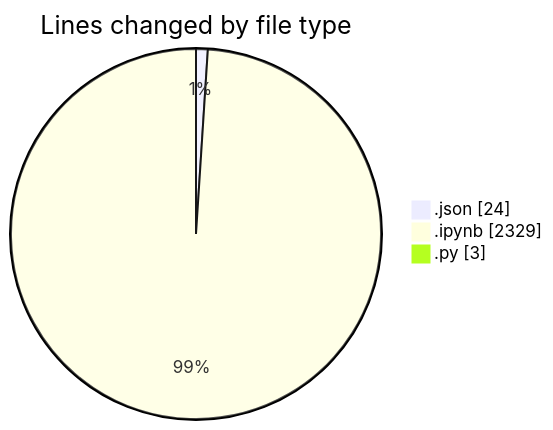
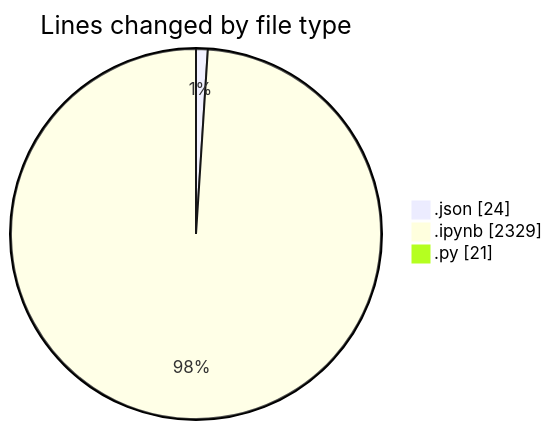
Before and after one commit to MatusMokan/code-tracking: the first of 2 diagrams in 2025-11-25/untitled__workspace_/README.md, drawn with Mermaid. The commit also changed other lines of this file and 1 other file, not shown here.

````diff
--- a/2025-11-25/untitled__workspace_/README.md
+++ b/2025-11-25/untitled__workspace_/README.md
@@ -22,7 +23,7 @@
 ```mermaid
 pie showData
 title Lines changed by file type
 ".json" : 24
 ".ipynb" : 2329
-".py" : 3
+".py" : 21
 ```
````
